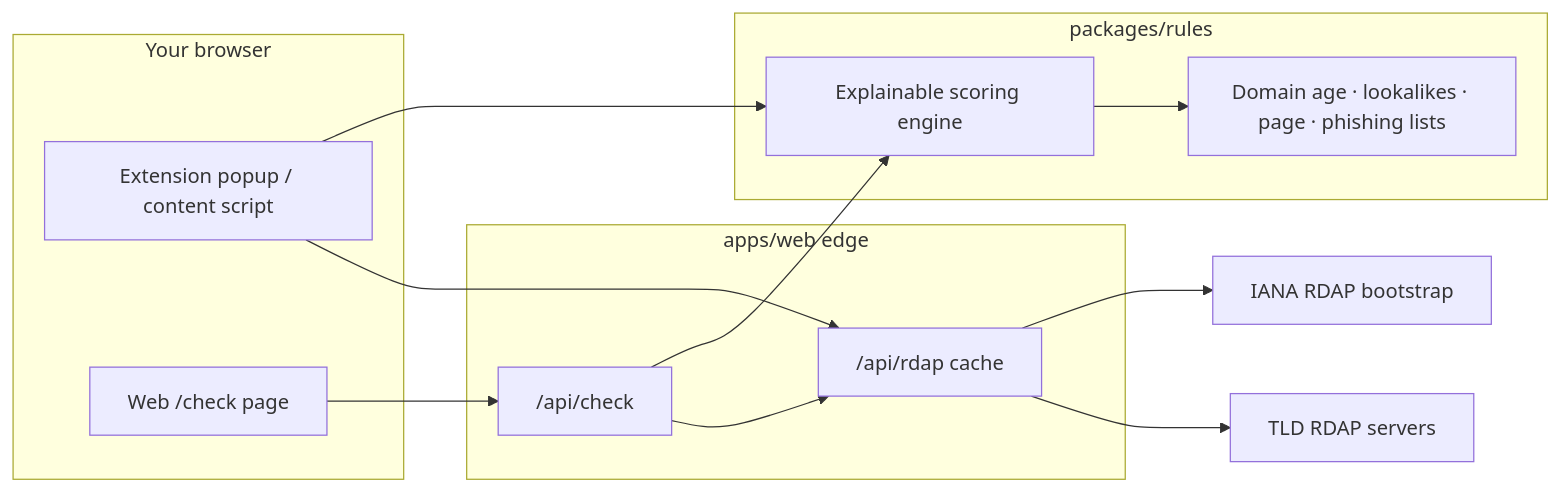
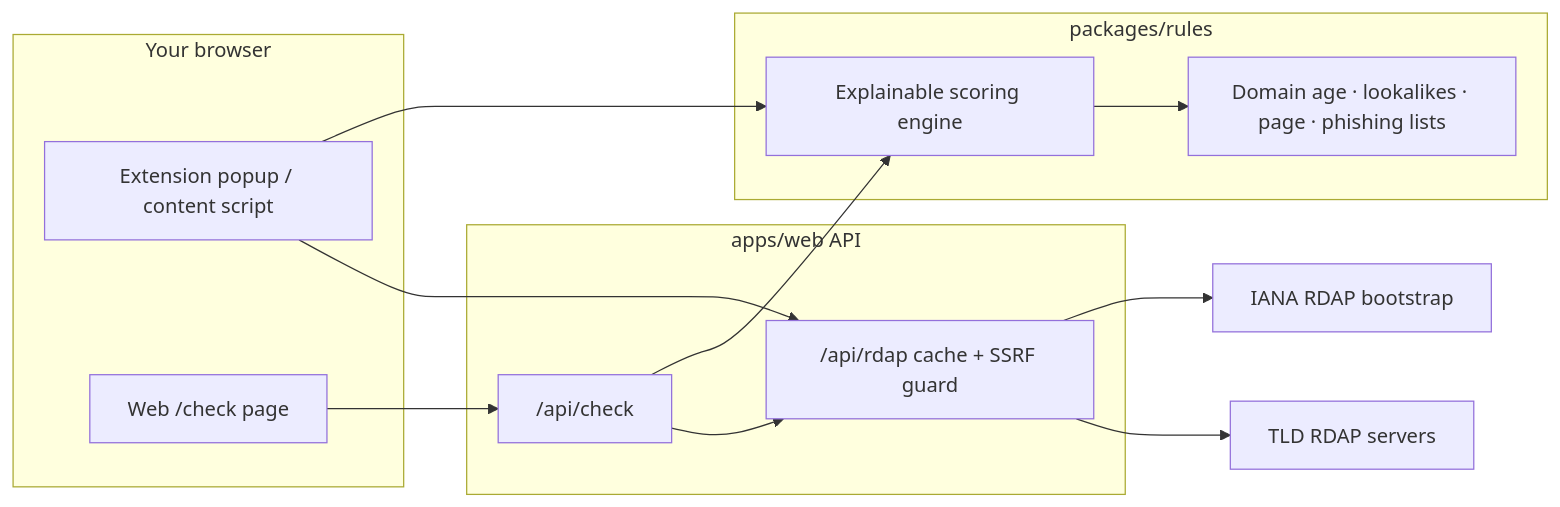
The diagram in README.md (MuhammadDev-OP/legitlens), drawn with Mermaid before and after one commit. The commit also changed other lines of this file and 14 other files, not shown here.

````diff
--- a/README.md
+++ b/README.md
@@ -41,25 +57,25 @@
 ```mermaid
 flowchart LR
   subgraph client [Your browser]
     Ext[Extension popup / content script]
     Web[Web /check page]
   end
   subgraph shared [packages/rules]
     Score[Explainable scoring engine]
     Signals[Domain age · lookalikes · page · phishing lists]
   end
-  subgraph edge [apps/web edge]
-    RDAPProxy["/api/rdap cache"]
+  subgraph edge [apps/web API]
+    RDAPProxy["/api/rdap cache + SSRF guard"]
     CheckAPI["/api/check"]
   end
   IANA[IANA RDAP bootstrap]
   Registries[TLD RDAP servers]
 
   Ext --> Score
   Web --> CheckAPI --> Score
   Ext --> RDAPProxy
   CheckAPI --> RDAPProxy
   RDAPProxy --> IANA
   RDAPProxy --> Registries
   Score --> Signals
 ```
````
